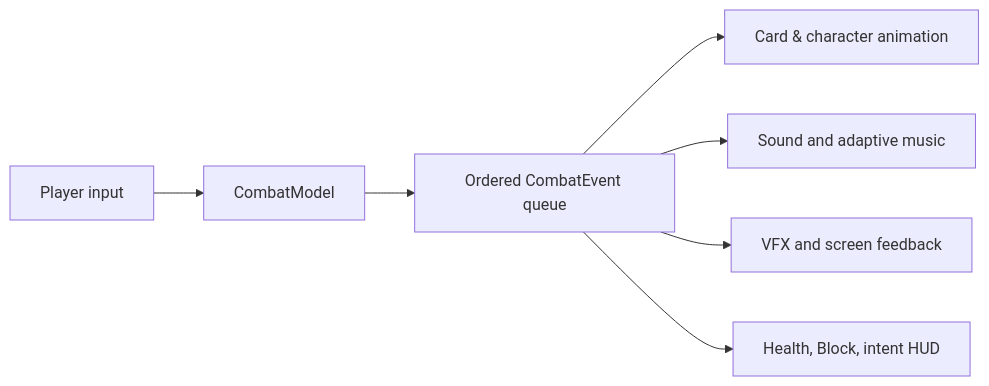
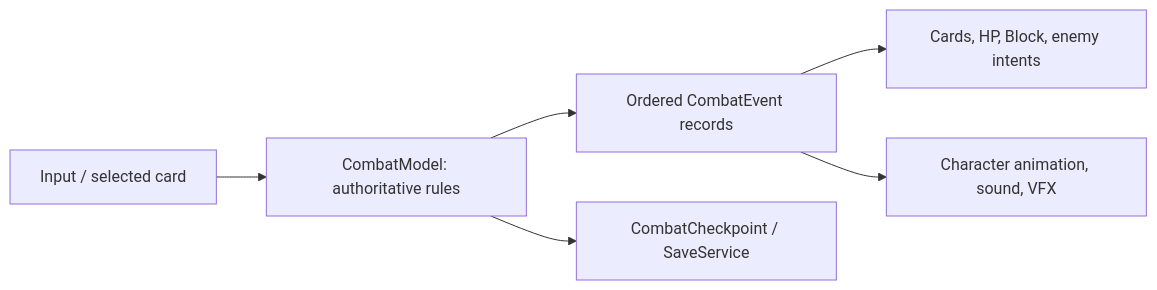
The second of 3 diagrams in README.md (riverhine1-max/gilded-fate), drawn with Mermaid before and after one commit. The commit also changed other lines of this file and 1 other file, not shown here.

````diff
--- a/README.md
+++ b/README.md
@@ -158,9 +131,8 @@
 ```mermaid
 flowchart LR
-    I[Player input] --> M[CombatModel]
-    M --> Q[Ordered CombatEvent queue]
-    Q --> A[Card & character animation]
-    Q --> S[Sound and adaptive music]
-    Q --> V[VFX and screen feedback]
-    Q --> H[Health, Block, intent HUD]
+    Input[Input / selected card] --> Model[CombatModel: authoritative rules]
+    Model --> Queue[Ordered CombatEvent records]
+    Queue --> HUD[Cards, HP, Block, enemy intents]
+    Queue --> FX[Character animation, sound, VFX]
+    Model --> Save[CombatCheckpoint / SaveService]
 ```
````
